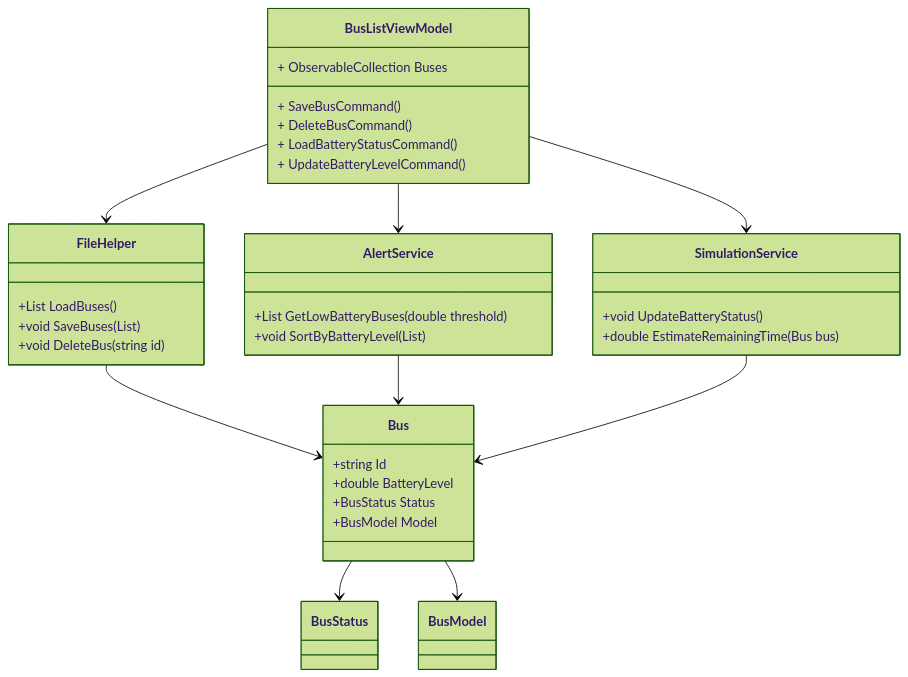
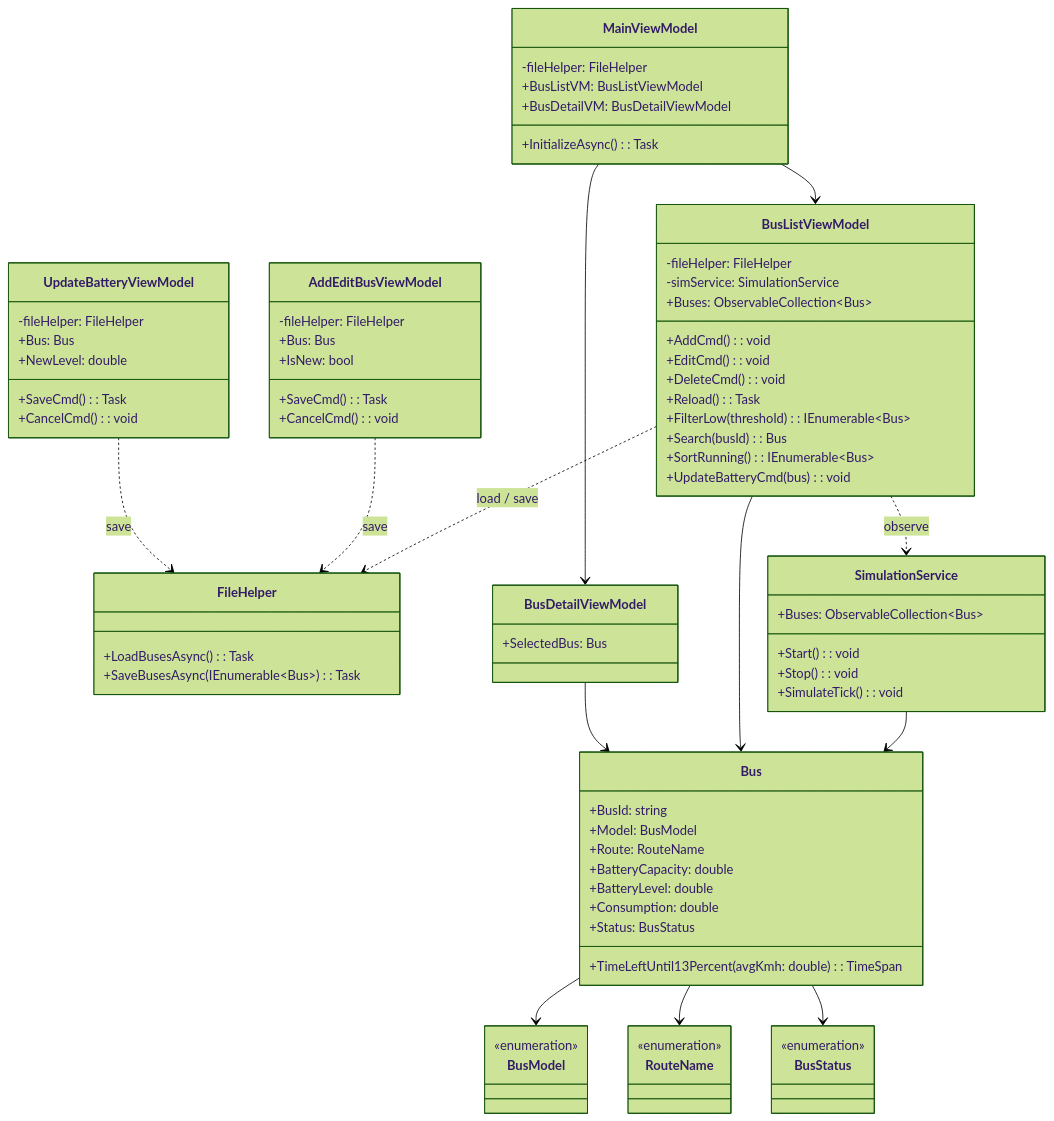
The diagram in Dokumentation/Iteration 3/Use Case 1-2-3/DCD.mmd (DMOof2025-Team-6/Getting-Real), drawn with Mermaid (forest theme) before and after one commit. The commit also changed 5 other files, not shown here.

```diff
--- a/Dokumentation/Iteration 3/Use Case 1-2-3/DCD.mmd
+++ b/Dokumentation/Iteration 3/Use Case 1-2-3/DCD.mmd
@@ -1,40 +1,95 @@
 classDiagram
-    class BusListViewModel {
-        + ObservableCollection<Bus> Buses
-        + SaveBusCommand()
-        + DeleteBusCommand()
-        + LoadBatteryStatusCommand()
-        + UpdateBatteryLevelCommand()
-    }
- 
-    class FileHelper {
-        +List<Bus> LoadBuses()
-        +void SaveBuses(List<Bus>)
-        +void DeleteBus(string id)
-    }
- 
-    class AlertService {
-        +List<Bus> GetLowBatteryBuses(double threshold)
-        +void SortByBatteryLevel(List<Bus>)
-    }
- 
-    class SimulationService {
-        +void UpdateBatteryStatus()
-        +double EstimateRemainingTime(Bus bus)
-    }
- 
-    class Bus {
-        +string Id
-        +double BatteryLevel
-        +BusStatus Status
-        +BusModel Model
-    }
- 
-    BusListViewModel --> FileHelper
-    BusListViewModel --> AlertService
-    BusListViewModel --> SimulationService
-    FileHelper --> Bus
-    AlertService --> Bus
-    SimulationService --> Bus
-    Bus --> BusStatus
-    Bus --> BusModel
+%% ---------- DOMAIN ----------
+class Bus {
+    +BusId: string
+    +Model: BusModel
+    +Route: RouteName
+    +BatteryCapacity: double
+    +BatteryLevel: double        
+    +Consumption: double
+    +Status: BusStatus           
+    +TimeLeftUntil13Percent(avgKmh: double): TimeSpan
+}
+
+class BusModel  { <<enumeration>> }
+class RouteName { <<enumeration>> }
+class BusStatus { <<enumeration>> }
+
+Bus --> BusModel
+Bus --> RouteName
+Bus --> BusStatus
+
+
+%% ---------- PERSISTENCE ----------
+class FileHelper {
+    +LoadBusesAsync(): Task<List~Bus~>
+    +SaveBusesAsync(IEnumerable~Bus~): Task
+}
+
+%% ---------- SERVICE (UC 2) ----------
+class SimulationService {
+    +Buses: ObservableCollection~Bus~
+    +Start(): void
+    +Stop(): void
+    +SimulateTick(): void
+}
+SimulationService --> Bus
+
+
+%% ---------- VIEW-MODELS ----------
+class BusListViewModel {
+    -fileHelper: FileHelper
+    -simService: SimulationService
+
+    +Buses: ObservableCollection~Bus~
+
+    +AddCmd(): void
+    +EditCmd(): void
+    +DeleteCmd(): void
+    +Reload(): Task
+
+    +FilterLow(threshold): IEnumerable~Bus~
+    +Search(busId): Bus
+    +SortRunning(): IEnumerable~Bus~
+
+    +UpdateBatteryCmd(bus): void
+}
+
+class AddEditBusViewModel {
+    -fileHelper: FileHelper
+    +Bus: Bus
+    +IsNew: bool
+    +SaveCmd(): Task
+    +CancelCmd(): void
+}
+
+class UpdateBatteryViewModel {
+    -fileHelper: FileHelper
+    +Bus: Bus
+    +NewLevel: double
+    +SaveCmd(): Task
+    +CancelCmd(): void
+}
+
+class BusDetailViewModel {
+    +SelectedBus: Bus
+}
+
+class MainViewModel {
+    -fileHelper: FileHelper
+    +BusListVM: BusListViewModel
+    +BusDetailVM: BusDetailViewModel
+    +InitializeAsync(): Task
+}
+
+%% ---------- RELATIONS ----------
+MainViewModel --> BusListViewModel
+MainViewModel --> BusDetailViewModel
+
+BusListViewModel ..> FileHelper          : load / save
+BusListViewModel ..> SimulationService   : observe
+AddEditBusViewModel ..> FileHelper       : save
+UpdateBatteryViewModel ..> FileHelper    : save
+
+BusListViewModel  --> Bus
+BusDetailViewModel --> Bus
```
